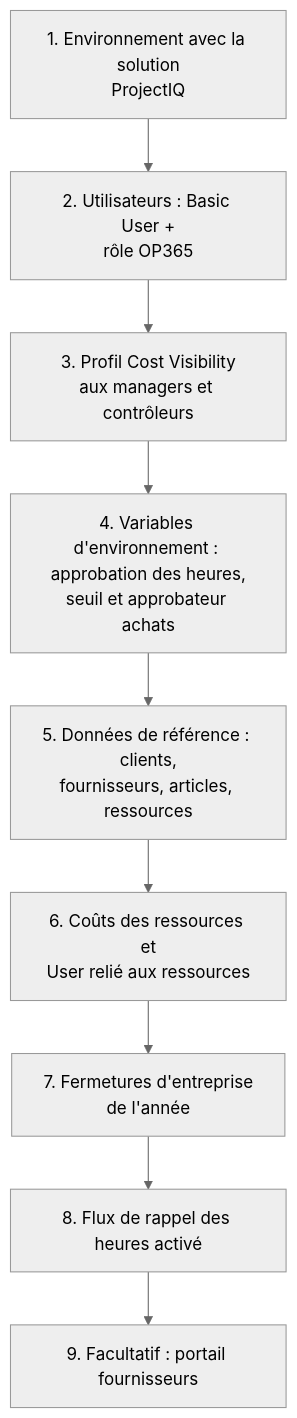
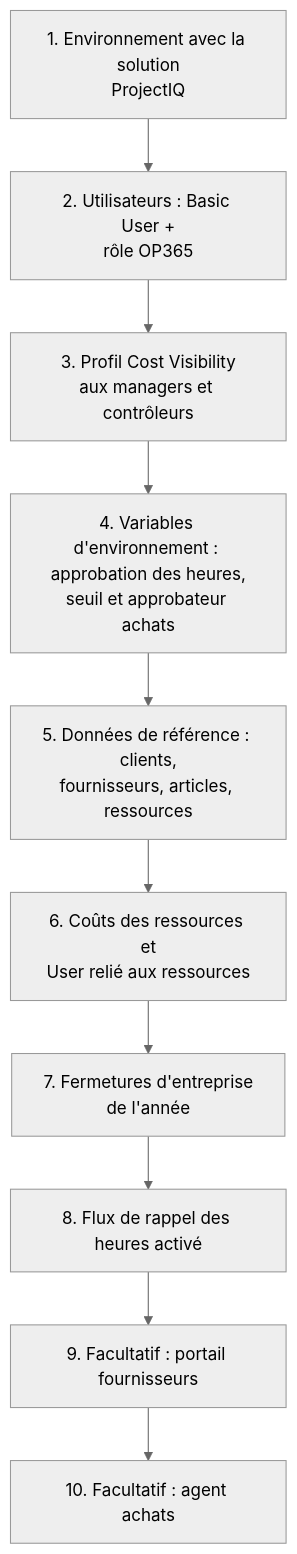
The first of 3 diagrams in docs/fr/administration.md (Power-Builders-Italia/ProjectIQ), drawn with Mermaid (neutral theme) before and after one commit. The commit also changed other lines of this file and 43 other files, not shown here.

````diff
--- a/docs/fr/administration.md
+++ b/docs/fr/administration.md
@@ -12,11 +12,12 @@
 ```mermaid
 flowchart TD
     A[1. Environnement avec la solution<br/>ProjectIQ] --> B[2. Utilisateurs : Basic User +<br/>rôle OP365]
     B --> C[3. Profil Cost Visibility<br/>aux managers et contrôleurs]
     C --> D[4. Variables d'environnement : approbation des heures,<br/>seuil et approbateur achats]
     D --> E[5. Données de référence : clients,<br/>fournisseurs, articles, ressources]
     E --> F[6. Coûts des ressources et<br/>User relié aux ressources]
     F --> G[7. Fermetures d'entreprise<br/>de l'année]
     G --> H[8. Flux de rappel des heures activé]
     H --> I[9. Facultatif : portail fournisseurs]
+    I --> J[10. Facultatif : agent achats]
 ```
````
